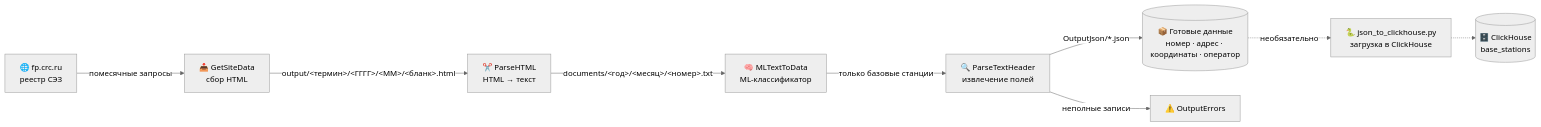
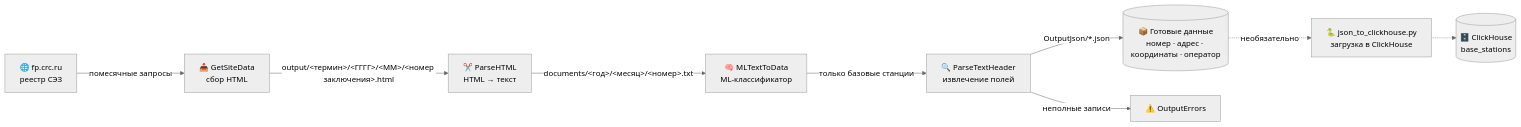
The first of 4 diagrams in README.md (akprof2000/Get-data-from-fp.crc.ru), drawn with Mermaid (neutral theme) before and after one commit.

Commit message:
README: имя файла на схеме — номер заключения

````diff
--- a/README.md
+++ b/README.md
@@ -11,11 +11,11 @@
 ```mermaid
 flowchart LR
     A[🌐 fp.crc.ru<br>реестр СЭЗ] -->|помесячные запросы| B[📥 GetSiteData<br>сбор HTML]
-    B -->|"output/&lt;термин&gt;/&lt;ГГГГ&gt;/&lt;ММ&gt;/&lt;бланк&gt;.html"| C[✂️ ParseHTML<br>HTML → текст]
+    B -->|"output/&lt;термин&gt;/&lt;ГГГГ&gt;/&lt;ММ&gt;/&lt;номер заключения&gt;.html"| C[✂️ ParseHTML<br>HTML → текст]
     C -->|"documents/&lt;год&gt;/&lt;месяц&gt;/&lt;номер&gt;.txt"| D[🧠 MLTextToData<br>ML-классификатор]
     D -->|только базовые станции| E[🔍 ParseTextHeader<br>извлечение полей]
     E -->|"OutputJson/*.json"| F[(📦 Готовые данные<br>номер · адрес · координаты · оператор)]
     E -->|неполные записи| G[⚠️ OutputErrors]
     F -.->|необязательно| H[🐍 json_to_clickhouse.py<br>загрузка в ClickHouse]
     H -.-> I[(🗄️ ClickHouse<br>base_stations)]
 ```
````
